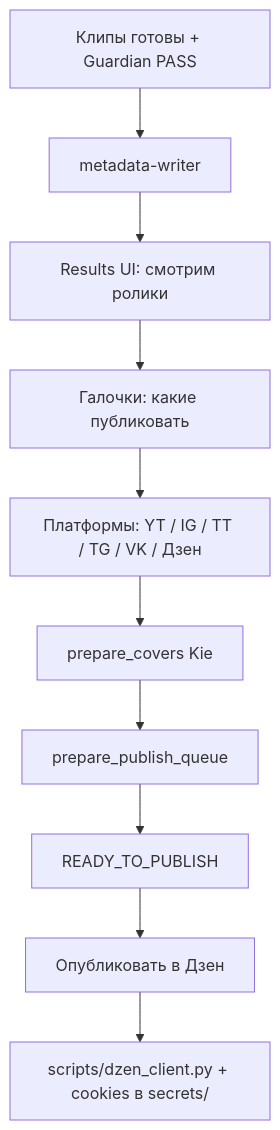
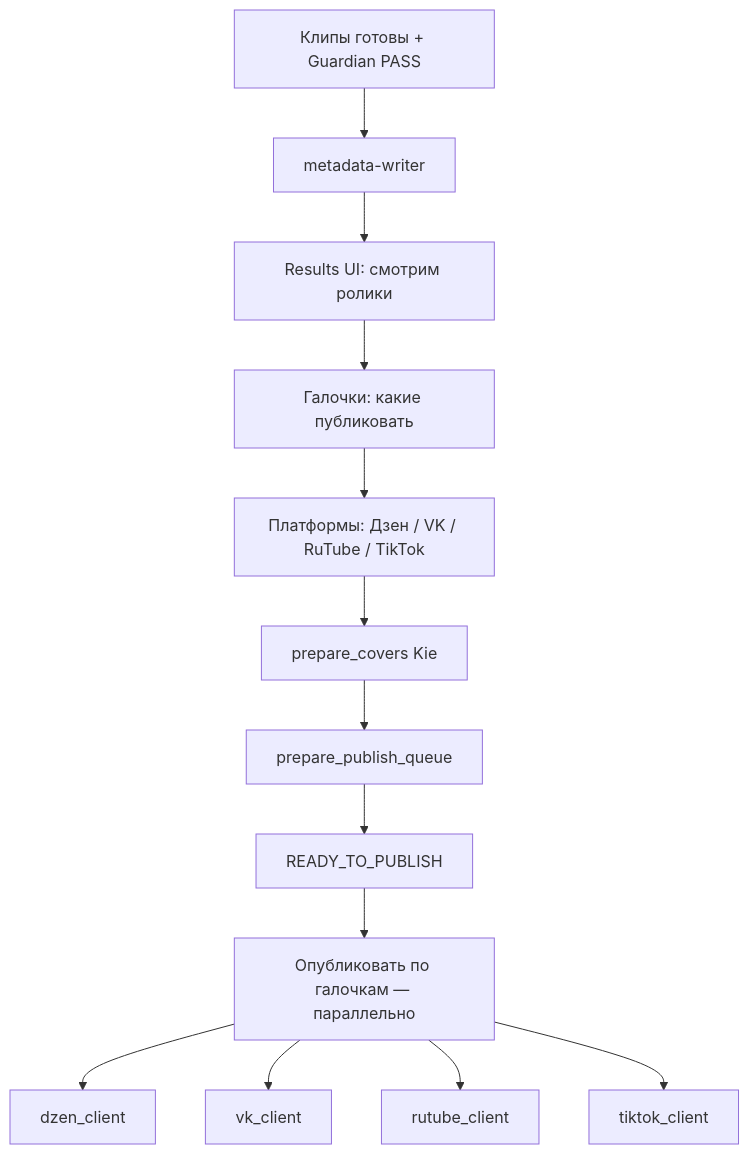
Before and after one commit to Horosheff/hyperion-reels: the diagram in docs/PUBLISH.md, drawn with Mermaid. The commit also changed other lines of this file and 32 other files, not shown here.

````diff
--- a/docs/PUBLISH.md
+++ b/docs/PUBLISH.md
@@ -9,12 +7,15 @@
 ```mermaid
 flowchart TD
   A[Клипы готовы + Guardian PASS] --> B[metadata-writer]
   B --> C[Results UI: смотрим ролики]
   C --> D[Галочки: какие публиковать]
-  D --> E[Платформы: YT / IG / TT / TG / VK / Дзен]
+  D --> E[Платформы: Дзен / VK / RuTube / TikTok]
   E --> F[prepare_covers Kie]
   F --> G[prepare_publish_queue]
   G --> H[READY_TO_PUBLISH]
-  H --> I[Опубликовать в Дзен]
-  I --> J[scripts/dzen_client.py + cookies в secrets/]
+  H --> I["Опубликовать по галочкам — параллельно"]
+  I --> J1[dzen_client]
+  I --> J2[vk_client]
+  I --> J3[rutube_client]
+  I --> J4[tiktok_client]
 ```
````
